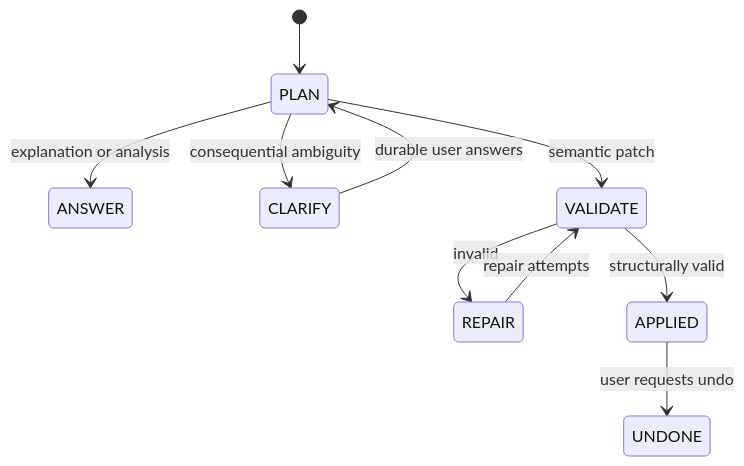
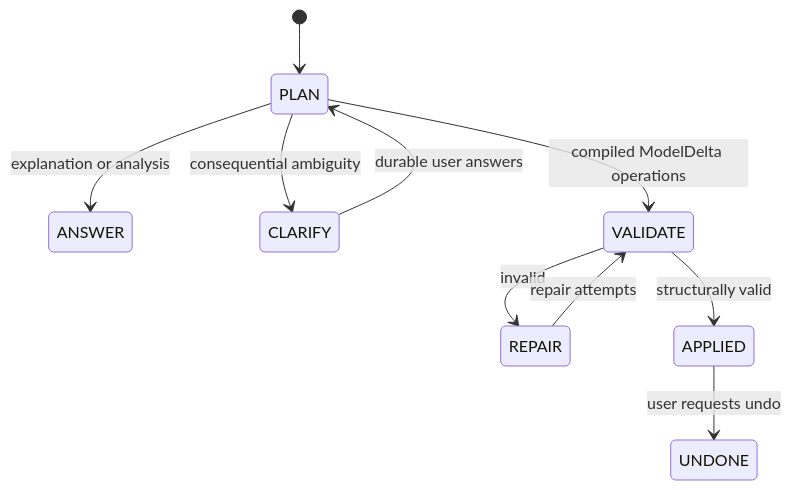
One commit to mehdieidi/modriss changed the second of 3 diagrams in docs/diagrams/14-ai-assistant-architecture.md. Above: the diagram before and after it, drawn with Mermaid. The commit also changed other lines of this file and 130 other files, not shown here.

````diff
--- a/docs/diagrams/14-ai-assistant-architecture.md
+++ b/docs/diagrams/14-ai-assistant-architecture.md
@@ -56,12 +56,12 @@
 ```mermaid
 stateDiagram-v2
     [*] --> PLAN
     PLAN --> ANSWER: explanation or analysis
     PLAN --> CLARIFY: consequential ambiguity
     CLARIFY --> PLAN: durable user answers
-    PLAN --> VALIDATE: semantic patch
+    PLAN --> VALIDATE: compiled ModelDelta operations
     VALIDATE --> REPAIR: invalid
     REPAIR --> VALIDATE: repair attempts
     VALIDATE --> APPLIED: structurally valid
     APPLIED --> UNDONE: user requests undo
 ```
````
